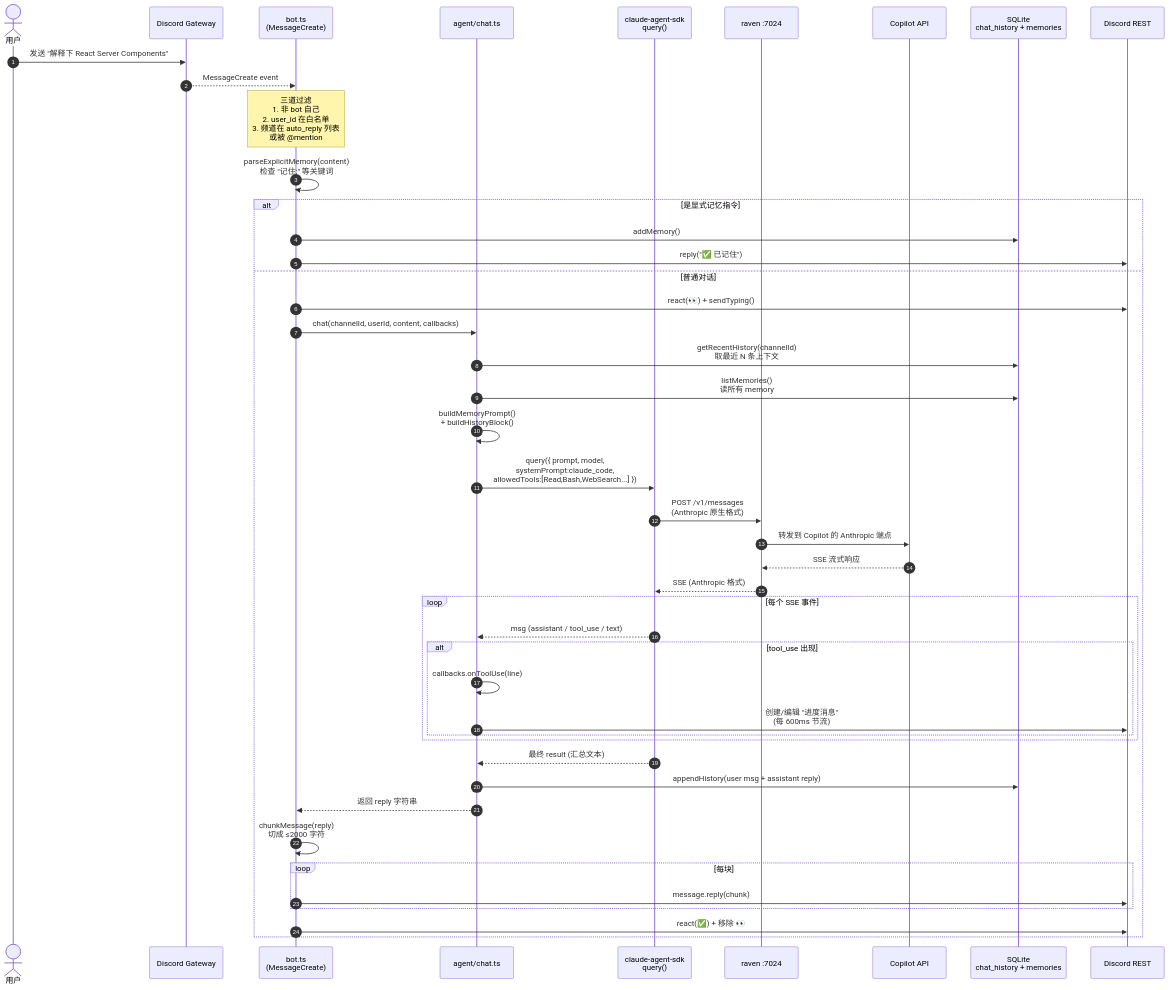
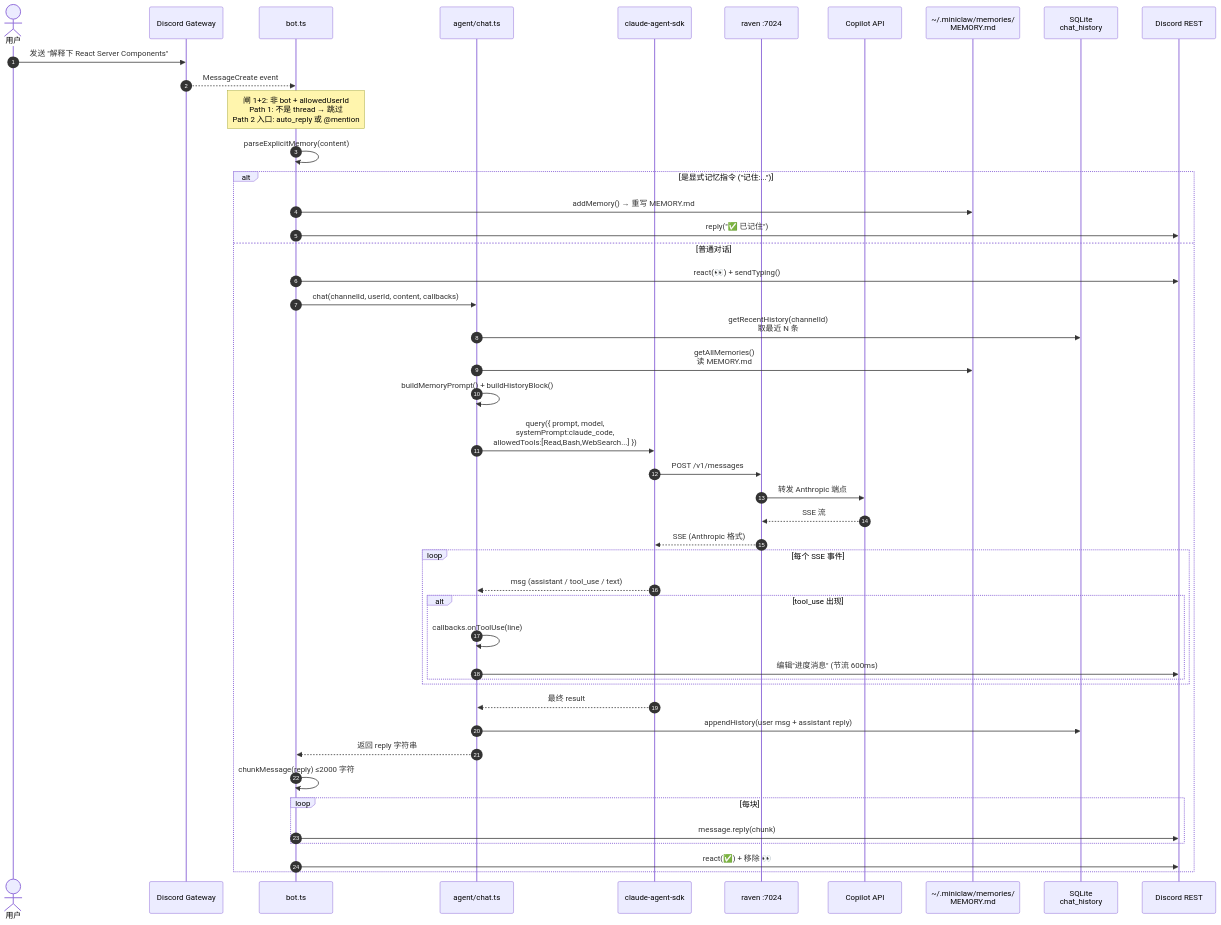
Before and after one commit to yuanyunfan/miniclaw: the second of 5 diagrams in docs/architecture.md, drawn with Mermaid. The commit also changed other lines of this file and 1 other file, not shown here.

First line of the commit message:
docs: 更新 architecture.md + bot-routing.md 反映最近所有改动

````diff
--- a/docs/architecture.md
+++ b/docs/architecture.md
@@ -89,56 +116,57 @@
 ```mermaid
 sequenceDiagram
     autonumber
     actor U as 用户
     participant D as Discord Gateway
-    participant B as bot.ts<br/>(MessageCreate)
+    participant B as bot.ts
     participant CH as agent/chat.ts
-    participant Q as claude-agent-sdk<br/>query()
+    participant Q as claude-agent-sdk
     participant R as raven :7024
     participant API as Copilot API
-    participant DB as SQLite<br/>chat_history + memories
+    participant MD as ~/.miniclaw/memories/<br/>MEMORY.md
+    participant DB as SQLite<br/>chat_history
     participant DR as Discord REST
 
     U->>D: 发送 "解释下 React Server Components"
     D-->>B: MessageCreate event
 
-    Note over B: 三道过滤<br/>1. 非 bot 自己<br/>2. user_id 在白名单<br/>3. 频道在 auto_reply 列表<br/>   或被 @mention
+    Note over B: 闸 1+2: 非 bot + allowedUserId<br/>Path 1: 不是 thread → 跳过<br/>Path 2 入口: auto_reply 或 @mention
 
-    B->>B: parseExplicitMemory(content)<br/>检查 "记住:" 等关键词
-    alt 是显式记忆指令
-        B->>DB: addMemory()
+    B->>B: parseExplicitMemory(content)
+    alt 是显式记忆指令 ("记住:...")
+        B->>MD: addMemory() → 重写 MEMORY.md
         B->>DR: reply("✅ 已记住")
     else 普通对话
         B->>DR: react(👀) + sendTyping()
         B->>CH: chat(channelId, userId, content, callbacks)
 
-        CH->>DB: getRecentHistory(channelId)<br/>取最近 N 条上下文
-        CH->>DB: listMemories()<br/>读所有 memory
-        CH->>CH: buildMemoryPrompt()<br/>+ buildHistoryBlock()
+        CH->>DB: getRecentHistory(channelId)<br/>取最近 N 条
+        CH->>MD: getAllMemories()<br/>读 MEMORY.md
+        CH->>CH: buildMemoryPrompt() + buildHistoryBlock()
 
         CH->>Q: query({ prompt, model,<br/>systemPrompt:claude_code,<br/>allowedTools:[Read,Bash,WebSearch...] })
 
-        Q->>R: POST /v1/messages<br/>(Anthropic 原生格式)
-        R->>API: 转发到 Copilot 的 Anthropic 端点
-        API-->>R: SSE 流式响应
+        Q->>R: POST /v1/messages
+        R->>API: 转发 Anthropic 端点
+        API-->>R: SSE 流
         R-->>Q: SSE (Anthropic 格式)
 
         loop 每个 SSE 事件
             Q-->>CH: msg (assistant / tool_use / text)
             alt tool_use 出现
                 CH->>CH: callbacks.onToolUse(line)
-                CH->>DR: 创建/编辑 "进度消息"<br/>(每 600ms 节流)
+                CH->>DR: 编辑"进度消息" (节流 600ms)
             end
         end
 
-        Q-->>CH: 最终 result (汇总文本)
+        Q-->>CH: 最终 result
         CH->>DB: appendHistory(user msg + assistant reply)
         CH-->>B: 返回 reply 字符串
 
-        B->>B: chunkMessage(reply)<br/>切成 ≤2000 字符
+        B->>B: chunkMessage(reply) ≤2000 字符
         loop 每块
             B->>DR: message.reply(chunk)
         end
         B->>DR: react(✅) + 移除 👀
     end
 ```
````
